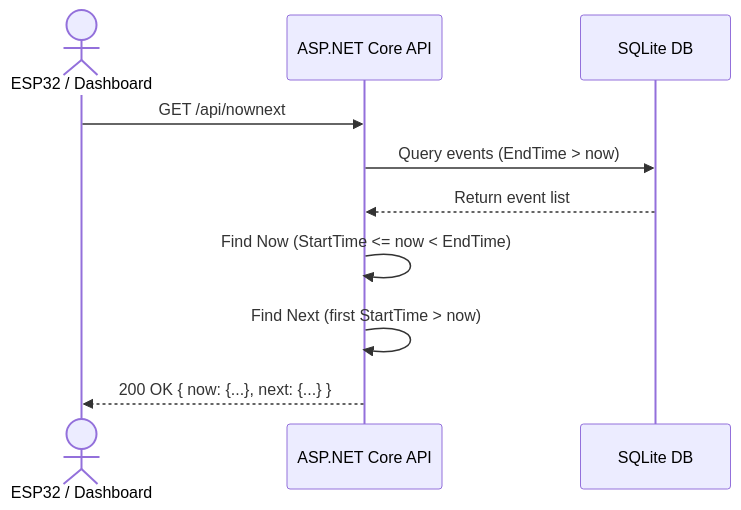
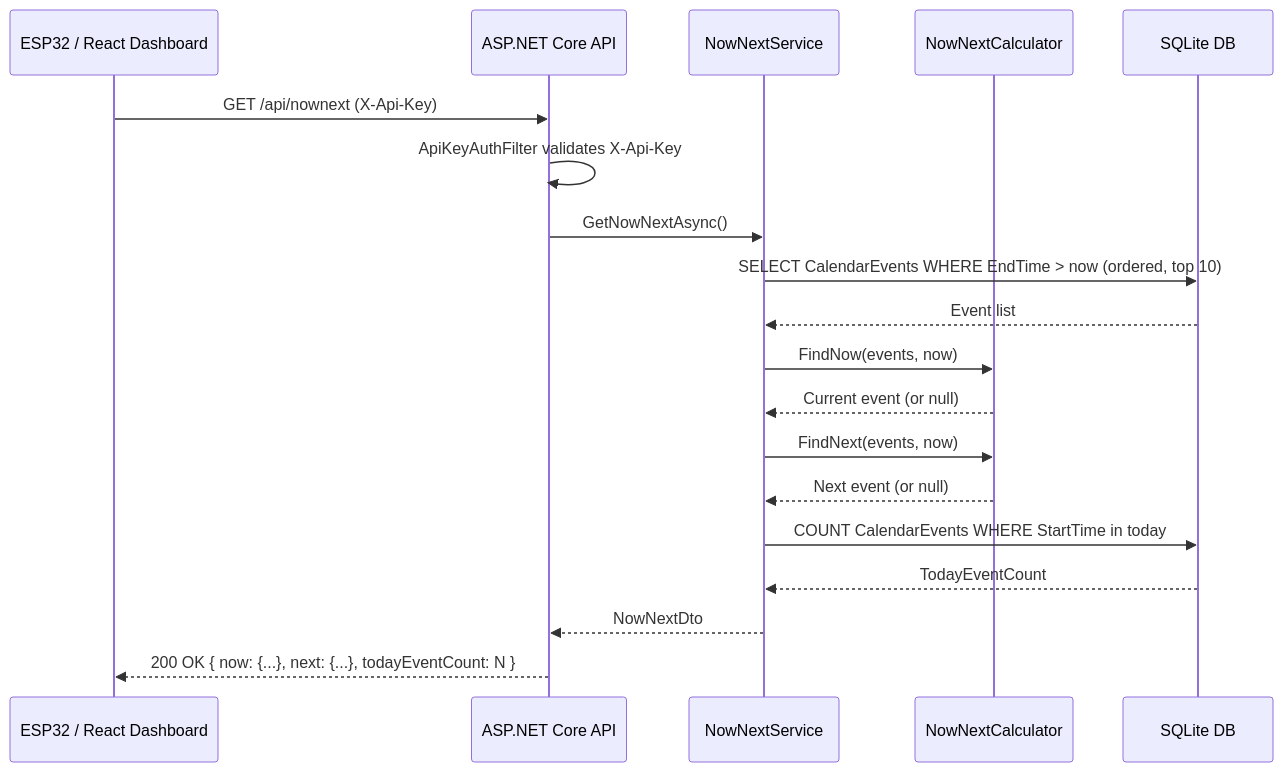
Before and after one commit to venu21-dev/deskbuddy-system: the third of 4 diagrams in docs/sequence-calendar.md, drawn with Mermaid. The commit also changed other lines of this file and 1 other file, not shown here.

Commit message:
docs: update architecture and sequence diagrams

````diff
--- a/docs/sequence-calendar.md
+++ b/docs/sequence-calendar.md
@@ -21,13 +62,22 @@
 ```mermaid
 sequenceDiagram
-    actor Client as ESP32 / Dashboard
+    participant Client as ESP32 / React Dashboard
     participant API as ASP.NET Core API
+    participant NNS as NowNextService
+    participant NNC as NowNextCalculator
     participant DB as SQLite DB
 
-    Client->>API: GET /api/nownext
-    API->>DB: Query events (EndTime > now)
-    DB-->>API: Return event list
-    API->>API: Find Now (StartTime <= now < EndTime)
-    API->>API: Find Next (first StartTime > now)
-    API-->>Client: 200 OK { now: {...}, next: {...} }
+    Client->>API: GET /api/nownext (X-Api-Key)
+    API->>API: ApiKeyAuthFilter validates X-Api-Key
+    API->>NNS: GetNowNextAsync()
+    NNS->>DB: SELECT CalendarEvents WHERE EndTime > now (ordered, top 10)
+    DB-->>NNS: Event list
+    NNS->>NNC: FindNow(events, now)
+    NNC-->>NNS: Current event (or null)
+    NNS->>NNC: FindNext(events, now)
+    NNC-->>NNS: Next event (or null)
+    NNS->>DB: COUNT CalendarEvents WHERE StartTime in today
+    DB-->>NNS: TodayEventCount
+    NNS-->>API: NowNextDto
+    API-->>Client: 200 OK { now: {...}, next: {...}, todayEventCount: N }
 ```
````
